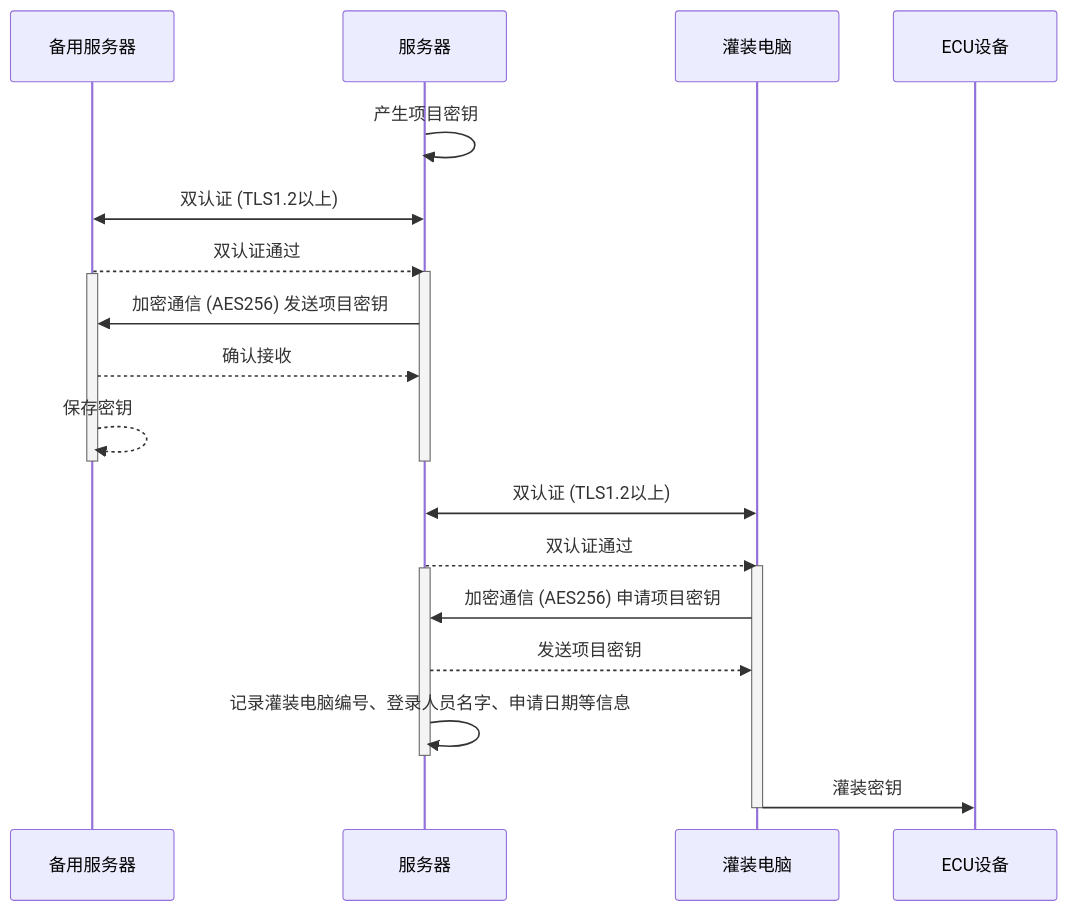
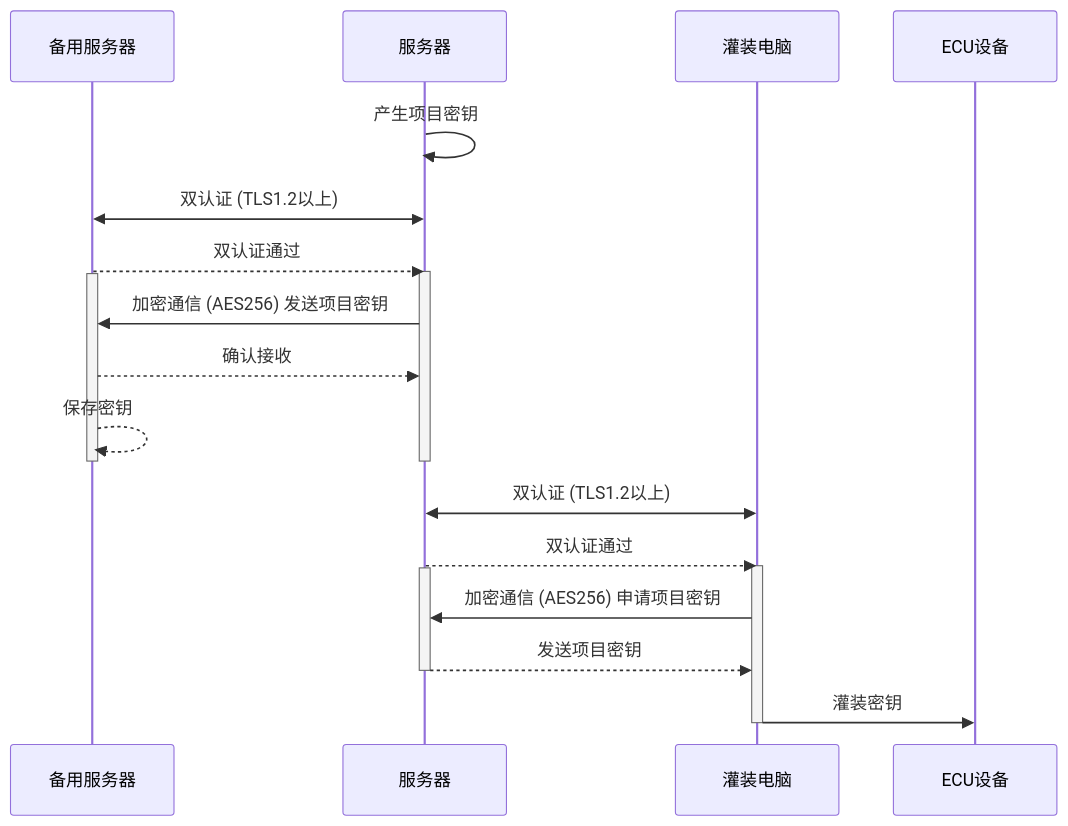
One commit to facebook-cloud/iodraw-files changed the diagram in all/未命名-10.md. Above: the diagram before and after it, drawn with Mermaid.

Commit message:
2026-01-15 10:50:07 update

````diff
--- a/all/未命名-10.md
+++ b/all/未命名-10.md
@@ -1,30 +1,29 @@
 ```mermaid
 sequenceDiagram
     participant B as 备用服务器
     participant A as 服务器
     participant C as 灌装电脑
     participant D as ECU设备
 
     A->>A: 产生项目密钥
     A<<->>B: 双认证 (TLS1.2以上)
     B-->>A: 双认证通过
     activate A
     activate B
     A->>B: 加密通信 (AES256) 发送项目密钥
     B-->>A: 确认接收
     B-->>B: 保存密钥
     deactivate B
     deactivate A
 
     C<<->>A: 双认证 (TLS1.2以上)
     A-->>C: 双认证通过
     activate C
     activate A
     C->>A: 加密通信 (AES256) 申请项目密钥
     A-->>C: 发送项目密钥
-    A->>A: 记录灌装电脑编号、登录人员名字、申请日期等信息
     deactivate A
     C->>D: 灌装密钥
     deactivate C
 
 ```
````
